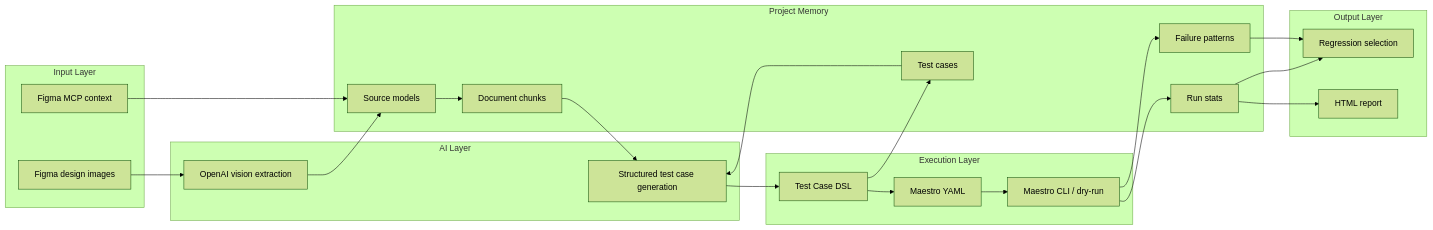
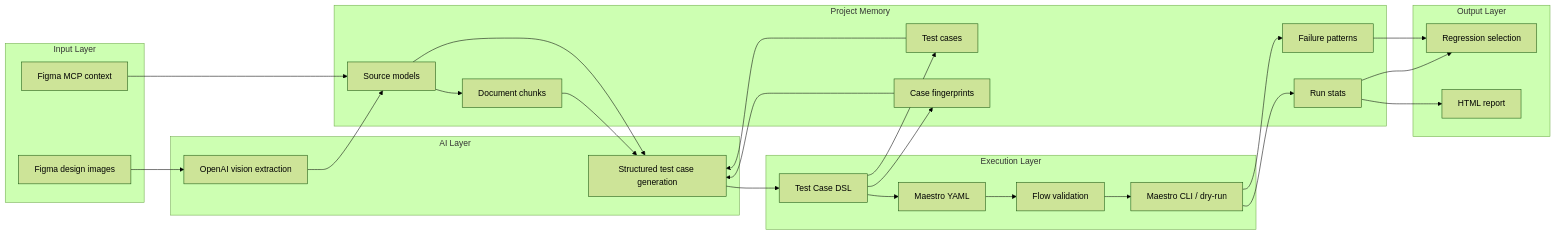
Before and after one commit to Campaignhatsecretin185/ai-design2test: the second of 6 diagrams in DESIGN.md, drawn with Mermaid (forest theme). The commit also changed other lines of this file and 8 other files, not shown here.

````diff
--- a/DESIGN.md
+++ b/DESIGN.md
@@ -45,47 +54,53 @@
 ```mermaid
 flowchart LR
   subgraph Input["Input Layer"]
     A["Figma design images"]
     B["Figma MCP context"]
   end
 
   subgraph AI["AI Layer"]
     C["OpenAI vision extraction"]
     D["Structured test case generation"]
   end
 
   subgraph Memory["Project Memory"]
     E["Source models"]
     F["Document chunks"]
     G["Test cases"]
-    H["Run stats"]
-    I["Failure patterns"]
+    H["Case fingerprints"]
+    I["Run stats"]
+    J["Failure patterns"]
   end
 
   subgraph Execution["Execution Layer"]
-    J["Test Case DSL"]
-    K["Maestro YAML"]
-    L["Maestro CLI / dry-run"]
+    K["Test Case DSL"]
+    L["Maestro YAML"]
+    M["Flow validation"]
+    N["Maestro CLI / dry-run"]
   end
 
   subgraph Output["Output Layer"]
-    M["Regression selection"]
-    N["HTML report"]
+    O["Regression selection"]
+    P["HTML report"]
   end
 
   A --> C
   B --> E
   C --> E
   E --> F
   F --> D
+  E --> D
   G --> D
-  D --> J
-  J --> G
-  J --> K
+  H --> D
+  D --> K
+  K --> G
+  K --> H
   K --> L
-  L --> H
-  L --> I
-  H --> M
-  I --> M
-  H --> N
+  L --> M
+  M --> N
+  N --> I
+  N --> J
+  I --> O
+  J --> O
+  I --> P
 ```
````
